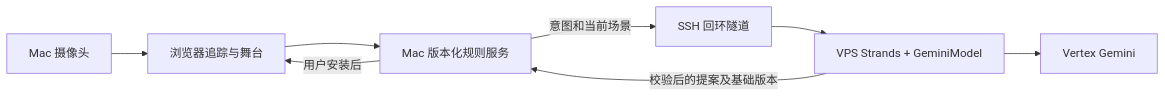
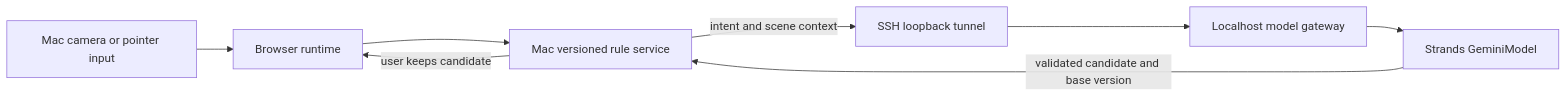
One commit to miemiemi2/CAST changed the diagram in docs/VERTEX.md. Above: the diagram before and after it, drawn with Mermaid. The commit also changed other lines of this file, not shown here.

Commit message:
Provide English Vertex integration documentation

````diff
--- a/docs/VERTEX.md
+++ b/docs/VERTEX.md
@@ -34,10 +27,10 @@
 ```mermaid
 flowchart LR
-  Camera[Mac 摄像头] --> Browser[浏览器追踪与舞台]
-  Browser --> Local[Mac 版本化规则服务]
-  Local -->|意图和当前场景| Tunnel[SSH 回环隧道]
-  Tunnel --> Strands[VPS Strands + GeminiModel]
-  Strands --> Vertex[Vertex Gemini]
-  Strands -->|校验后的提案及基础版本| Local
-  Local -->|用户安装后| Browser
+  Camera[Mac camera or pointer input] --> Browser[Browser runtime]
+  Browser --> Local[Mac versioned rule service]
+  Local -->|intent and scene context| Tunnel[SSH loopback tunnel]
+  Tunnel --> Gateway[Localhost model gateway]
+  Gateway --> Strands[Strands GeminiModel]
+  Strands -->|validated candidate and base version| Local
+  Local -->|user keeps candidate| Browser
 ```
````
